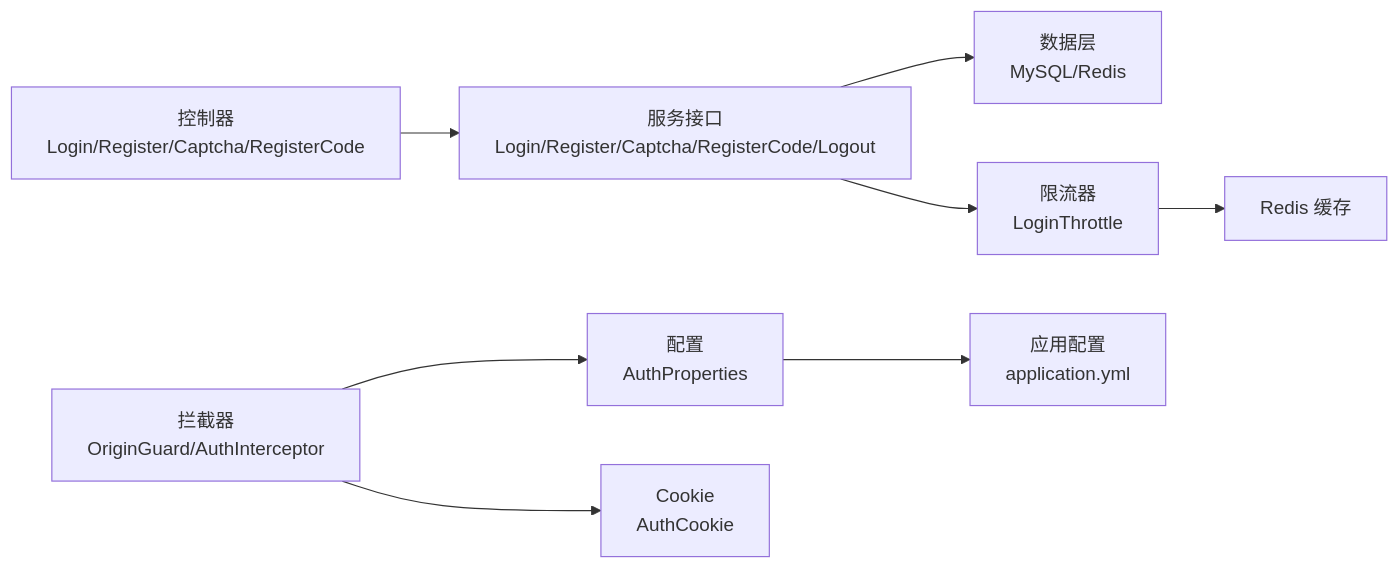
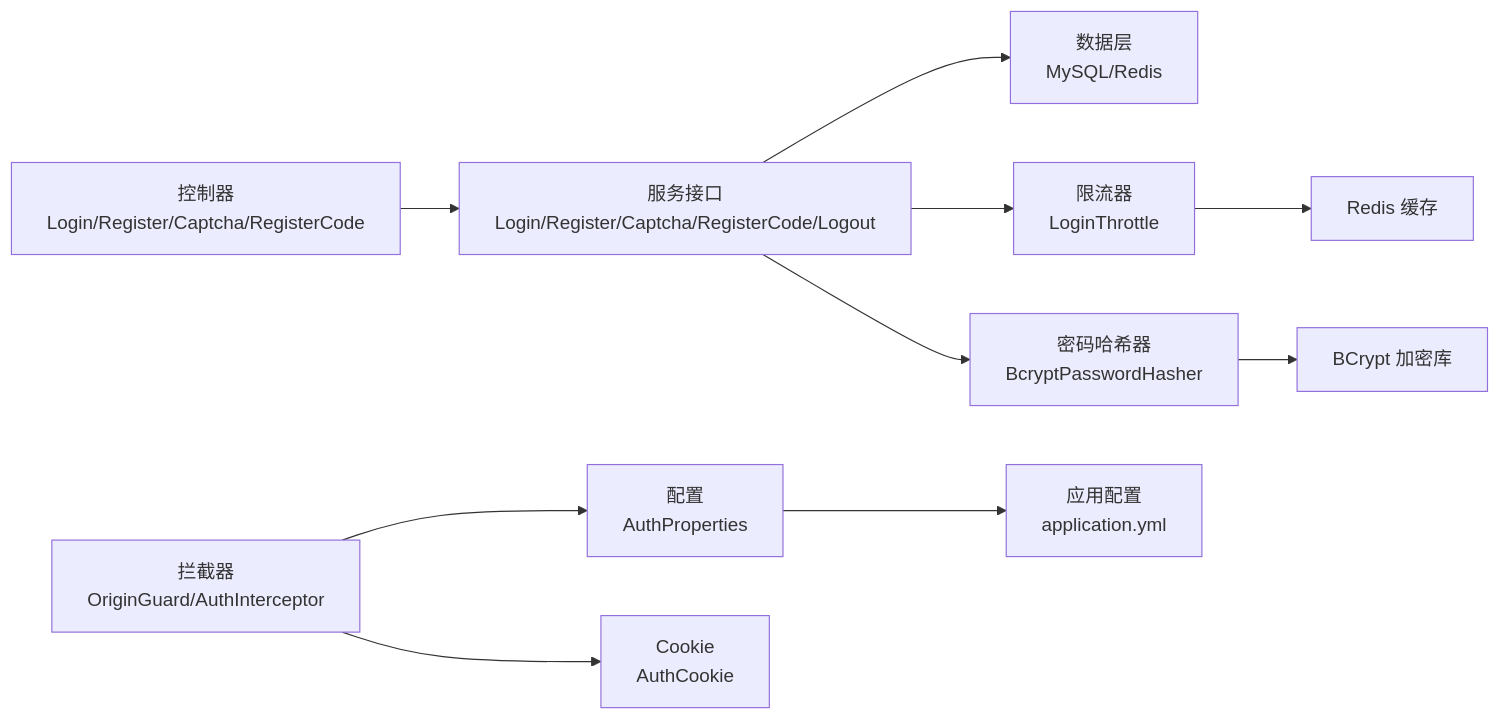
Before and after one commit to luyitiger6/my-first-project: diagram 11 of 11 in .qoder/repowiki/zh/content/后端开发/WanderChain 认证系统.md, drawn with Mermaid. The commit also changed other lines of this file and 34 other files, not shown here.

````diff
--- a/.qoder/repowiki/zh/content/后端开发/WanderChain 认证系统.md
+++ b/.qoder/repowiki/zh/content/后端开发/WanderChain 认证系统.md
@@ -451,10 +505,12 @@
 ```mermaid
 graph LR
 CONTROLLERS["控制器<br/>Login/Register/Captcha/RegisterCode"] --> SERVICES["服务接口<br/>Login/Register/Captcha/RegisterCode/Logout"]
 INTERCEPTORS["拦截器<br/>OriginGuard/AuthInterceptor"] --> CONFIG["配置<br/>AuthProperties"]
 INTERCEPTORS --> COOKIES["Cookie<br/>AuthCookie"]
 SERVICES --> DATA["数据层<br/>MySQL/Redis"]
 CONFIG --> APP["应用配置<br/>application.yml"]
 SERVICES --> THROTTLE["限流器<br/>LoginThrottle"]
+SERVICES --> HASHER["密码哈希器<br/>BcryptPasswordHasher"]
 THROTTLE --> REDIS["Redis 缓存"]
+HASHER --> BCrypt["BCrypt 加密库"]
 ```
````
